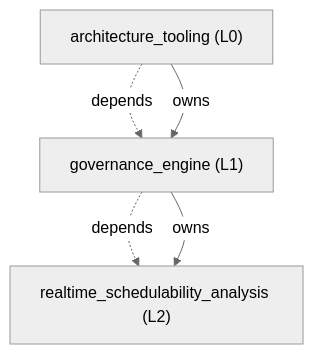
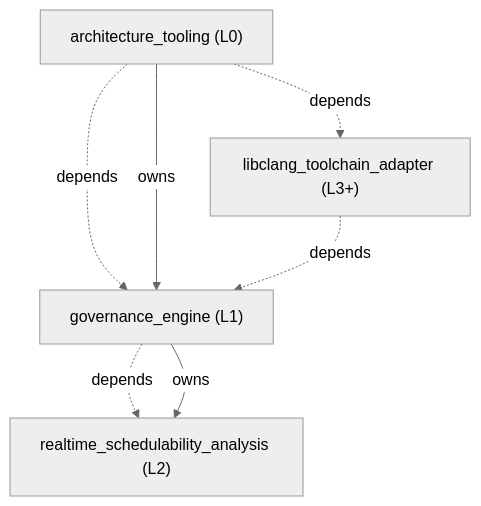
Before and after one commit to ShinWeiPeng/skills: the diagram in plugins/governed-engineering-skills/skills/govern-modular-event-architecture/architecture/ARCHITECTURE.md, drawn with Mermaid (neutral theme). The commit also changed other lines of this file and 48 other files, not shown here.

````diff
--- a/plugins/governed-engineering-skills/skills/govern-modular-event-architecture/architecture/ARCHITECTURE.md
+++ b/plugins/governed-engineering-skills/skills/govern-modular-event-architecture/architecture/ARCHITECTURE.md
@@ -10,10 +10,13 @@
 ```mermaid
 flowchart TD
     n_architecture_tooling["architecture_tooling (L0)"]
     n_governance_engine["governance_engine (L1)"]
     n_realtime_schedulability_analysis["realtime_schedulability_analysis (L2)"]
+    n_libclang_toolchain_adapter["libclang_toolchain_adapter (L3+)"]
     n_architecture_tooling -.->|depends| n_governance_engine
+    n_architecture_tooling -.->|depends| n_libclang_toolchain_adapter
     n_architecture_tooling -->|owns| n_governance_engine
     n_governance_engine -.->|depends| n_realtime_schedulability_analysis
     n_governance_engine -->|owns| n_realtime_schedulability_analysis
+    n_libclang_toolchain_adapter -.->|depends| n_governance_engine
 ```
````
